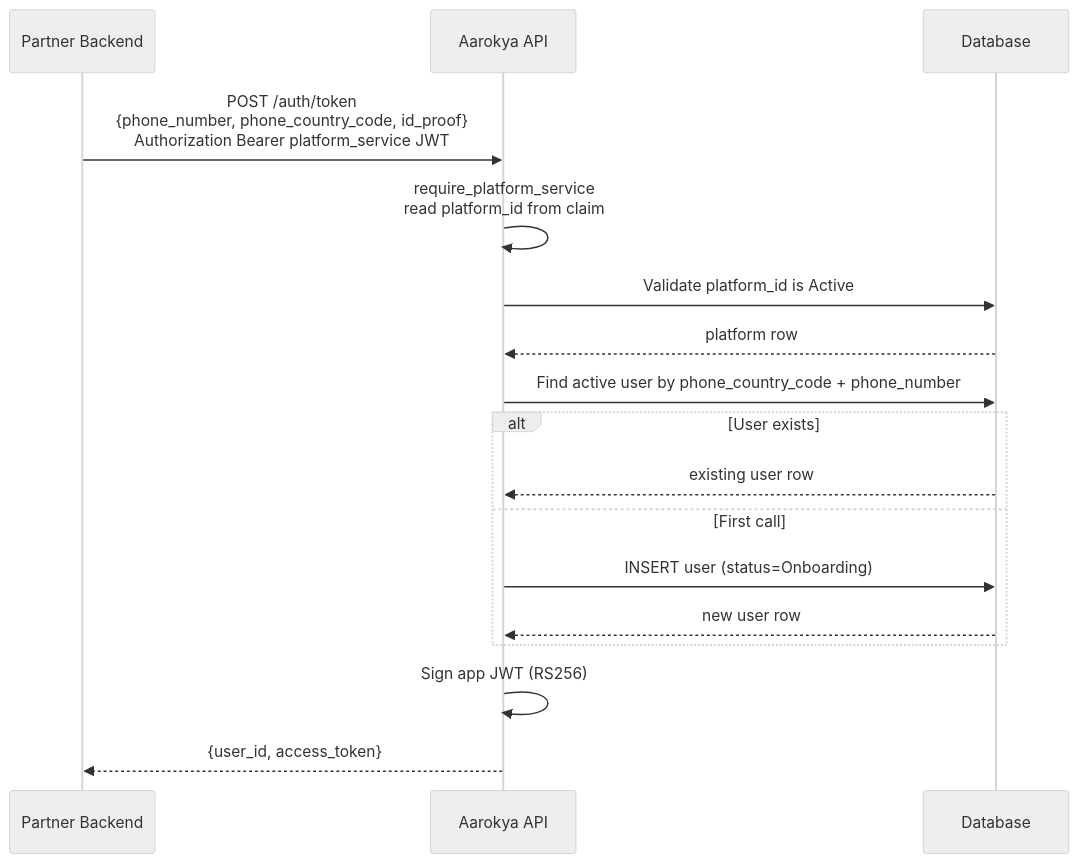
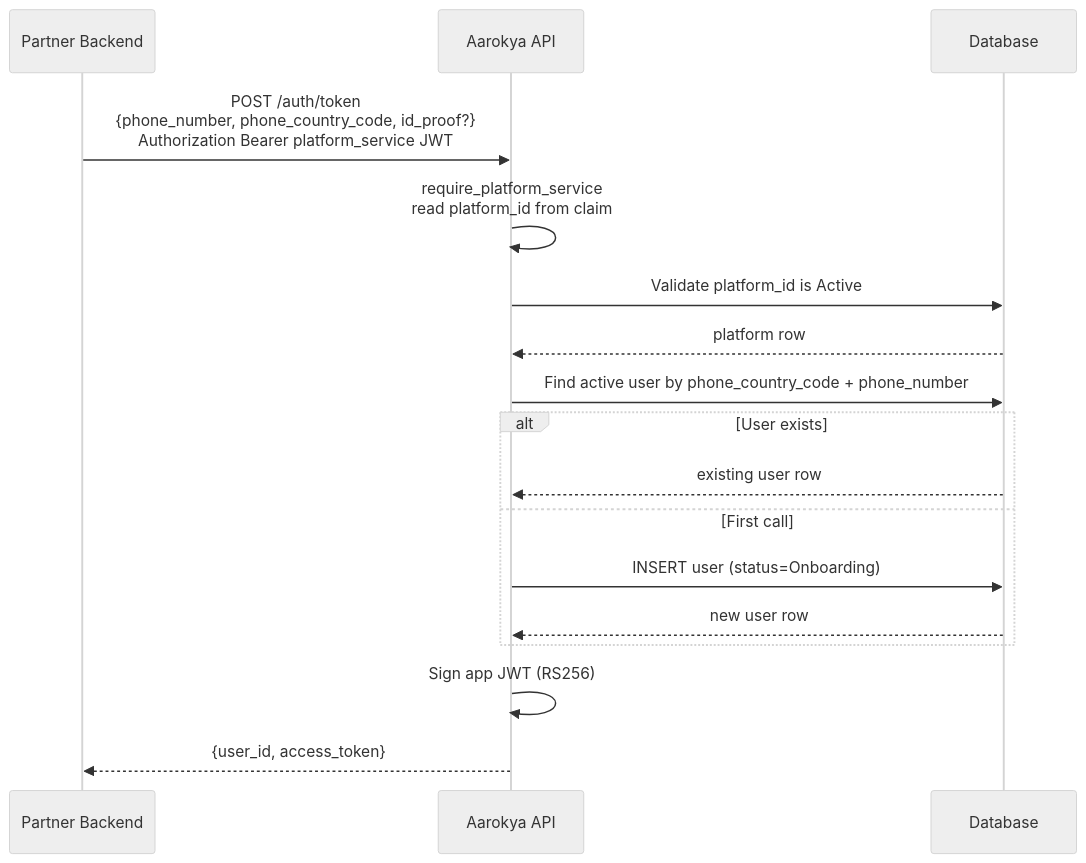
Before and after one commit to anu19981/aarokya-backend: the first of 2 diagrams in api-reference/modules/auth.mdx, drawn with Mermaid (neutral theme). The commit also changed other lines of this file and 90 other files, not shown here.

````diff
--- a/api-reference/modules/auth.mdx
+++ b/api-reference/modules/auth.mdx
@@ -20,20 +22,20 @@
 ```mermaid
 sequenceDiagram
     participant PartnerBE as Partner Backend
     participant API as Aarokya API
     participant DB as Database
 
-    PartnerBE->>API: POST /auth/token<br/>{phone_number, phone_country_code, id_proof}<br/>Authorization Bearer platform_service JWT
+    PartnerBE->>API: POST /auth/token<br/>{phone_number, phone_country_code, id_proof?}<br/>Authorization Bearer platform_service JWT
     API->>API: require_platform_service<br/>read platform_id from claim
     API->>DB: Validate platform_id is Active
     DB-->>API: platform row
     API->>DB: Find active user by phone_country_code + phone_number
     alt User exists
         DB-->>API: existing user row
     else First call
         API->>DB: INSERT user (status=Onboarding)
         DB-->>API: new user row
     end
     API->>API: Sign app JWT (RS256)
     API-->>PartnerBE: {user_id, access_token}
 ```
````
